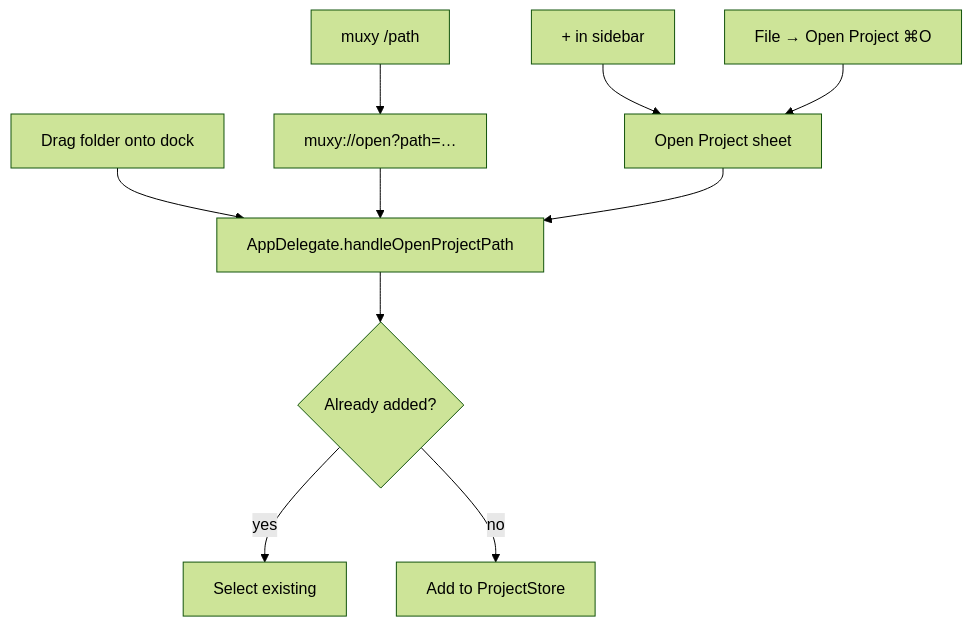
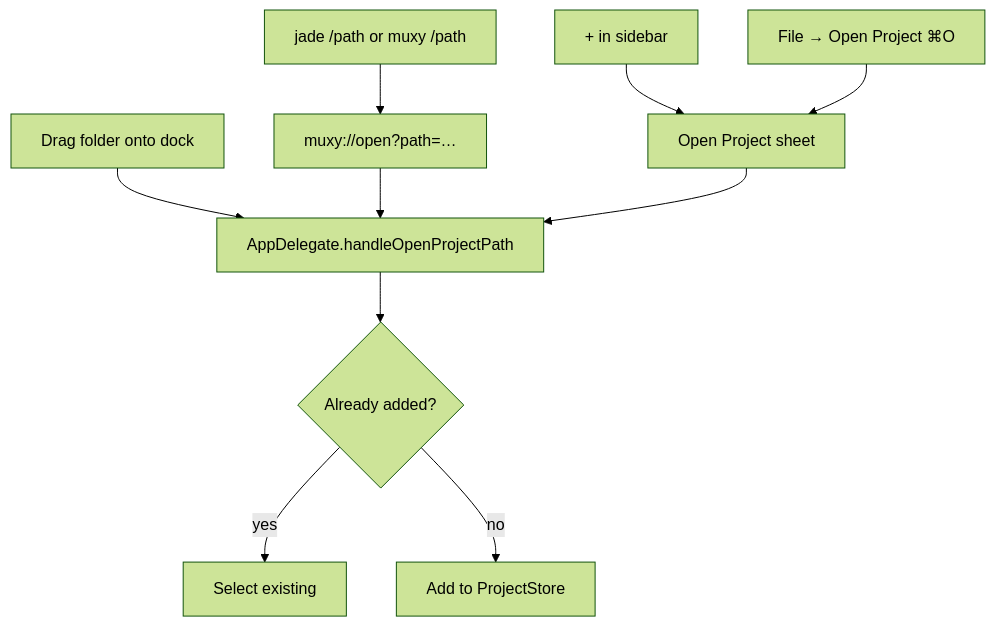
Before and after one commit to dot-RealityTest/jade: the diagram in docs/features/projects.md, drawn with Mermaid (forest theme). The commit also changed other lines of this file and 17 other files, not shown here.

````diff
--- a/docs/features/projects.md
+++ b/docs/features/projects.md
@@ -13,12 +15,12 @@
 ```mermaid
 flowchart TB
   Plus["+ in sidebar"] --> Open[Open Project sheet]
   Menu["File → Open Project ⌘O"] --> Open
   Drag[Drag folder onto dock] --> Handler
-  CLI["muxy /path"] --> URL["muxy://open?path=…"]
+  CLI["jade /path or muxy /path"] --> URL["muxy://open?path=…"]
   URL --> Handler[AppDelegate.handleOpenProjectPath]
   Open --> Handler
   Handler --> Dedupe{Already added?}
   Dedupe -->|yes| Activate[Select existing]
   Dedupe -->|no| Add[Add to ProjectStore]
 ```
````
